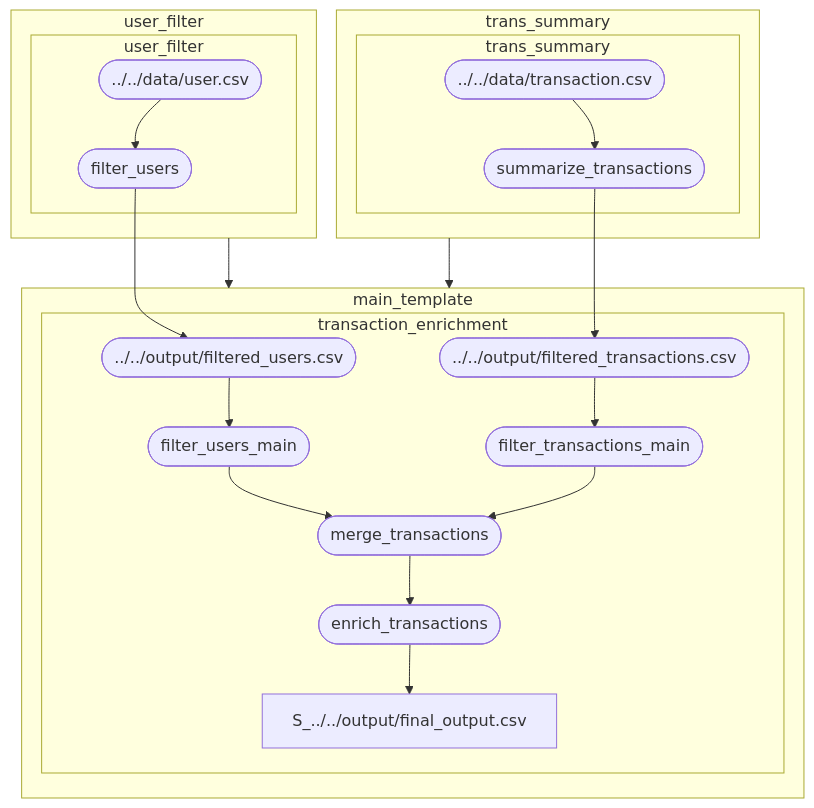
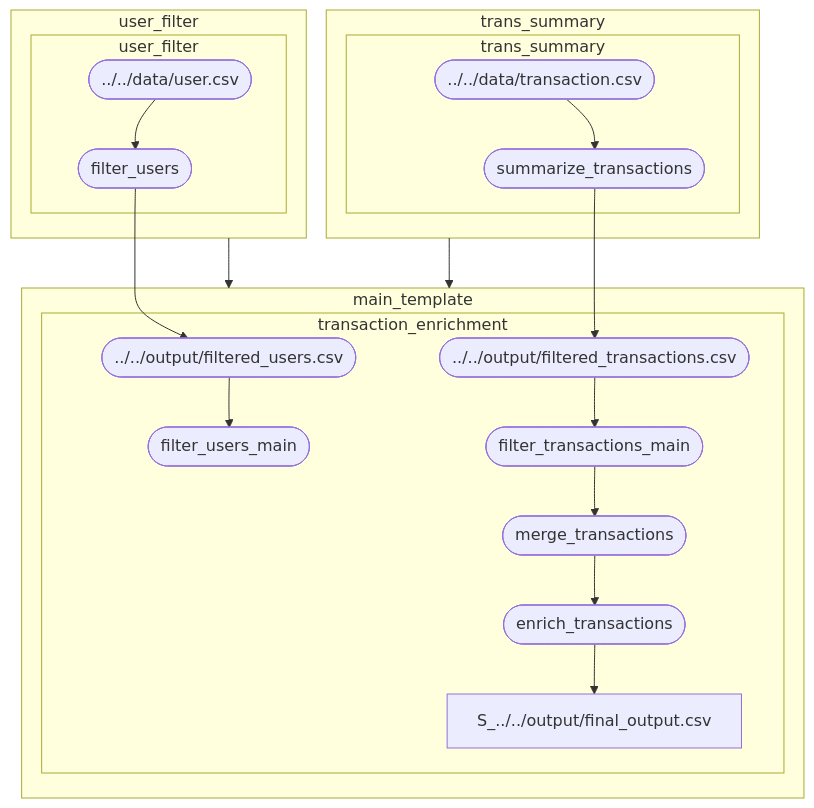
One commit to project-ro/rotab changed the diagram in examples/config/templates/scripts/generated_user_flow.mmd. Above: the diagram before and after it, drawn with Mermaid. The commit also changed 16 other files, not shown here.

```diff
--- a/examples/config/templates/scripts/generated_user_flow.mmd
+++ b/examples/config/templates/scripts/generated_user_flow.mmd
@@ -1,43 +1,42 @@
 graph TB
 
 %% ==== Template dependencies ====
 T_user_filter --> T_main_template
 T_trans_summary --> T_main_template
 
 %% ==== Processes in main_template ====
 subgraph T_main_template ["main_template"]
   subgraph P_transaction_enrichment ["transaction_enrichment"]
     S_../../output/filtered_users.csv(["../../output/filtered_users.csv"])
     S_../../output/filtered_transactions.csv(["../../output/filtered_transactions.csv"])
     S_filter_users_main(["filter_users_main"])
     S_filter_transactions_main(["filter_transactions_main"])
     S_merge_transactions(["merge_transactions"])
     S_enrich_transactions(["enrich_transactions"])
     S_../../output/filtered_users.csv --> S_filter_users_main
     S_../../output/filtered_transactions.csv --> S_filter_transactions_main
-    S_filter_users_main --> S_merge_transactions
     S_filter_transactions_main --> S_merge_transactions
     S_merge_transactions --> S_enrich_transactions
     S_enrich_transactions --> S_../../output/final_output.csv
   end
 end
 
 %% ==== Processes in trans_summary ====
 subgraph T_trans_summary ["trans_summary"]
   subgraph P_trans_summary ["trans_summary"]
     S_../../data/transaction.csv(["../../data/transaction.csv"])
     S_summarize_transactions(["summarize_transactions"])
     S_../../data/transaction.csv --> S_summarize_transactions
     S_summarize_transactions --> S_../../output/filtered_transactions.csv
   end
 end
 
 %% ==== Processes in user_filter ====
 subgraph T_user_filter ["user_filter"]
   subgraph P_user_filter ["user_filter"]
     S_../../data/user.csv(["../../data/user.csv"])
     S_filter_users(["filter_users"])
     S_../../data/user.csv --> S_filter_users
     S_filter_users --> S_../../output/filtered_users.csv
   end
 end
```
